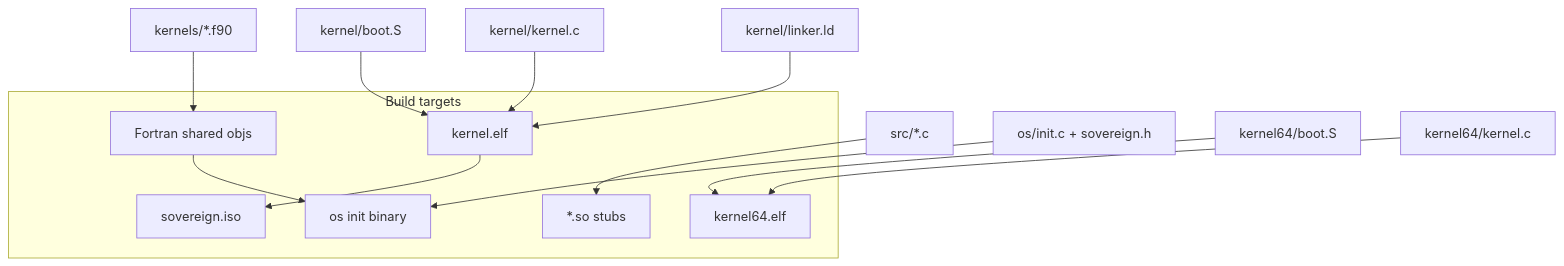
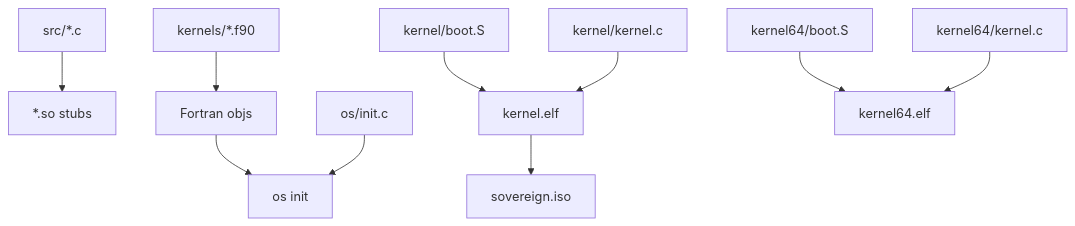
One commit to AHMADALIPARR/preeny-sovereign changed the second of 4 diagrams in docs/ARCHITECTURE.md. Above: the diagram before and after it, drawn with Mermaid. The commit also changed other lines of this file, not shown here.

Commit message:
Slim architecture doc: photos first, fewer tables, clean markup

````diff
--- a/docs/ARCHITECTURE.md
+++ b/docs/ARCHITECTURE.md
@@ -71,22 +44,12 @@
 ```mermaid
 flowchart TB
-    subgraph Build["Build targets"]
-        stubs["*.so stubs"]
-        fkernels["Fortran shared objs"]
-        init["os init binary"]
-        k32["kernel.elf"]
-        k64["kernel64.elf"]
-        iso["sovereign.iso"]
-    end
-
-    src_c["src/*.c"] --> stubs
-    kernels_f["kernels/*.f90"] --> fkernels
-    fkernels --> init
-    os_c["os/init.c + sovereign.h"] --> init
-    k_boot["kernel/boot.S"] --> k32
+    src_c["src/*.c"] --> stubs["*.so stubs"]
+    kernels_f["kernels/*.f90"] --> fkernels["Fortran objs"]
+    fkernels --> init["os init"]
+    os_c["os/init.c"] --> init
+    k_boot["kernel/boot.S"] --> k32["kernel.elf"]
     k_c["kernel/kernel.c"] --> k32
-    k_ld["kernel/linker.ld"] --> k32
-    k64_boot["kernel64/boot.S"] --> k64
+    k64_boot["kernel64/boot.S"] --> k64["kernel64.elf"]
     k64_c["kernel64/kernel.c"] --> k64
-    k32 --> iso
+    k32 --> iso["sovereign.iso"]
 ```
````
